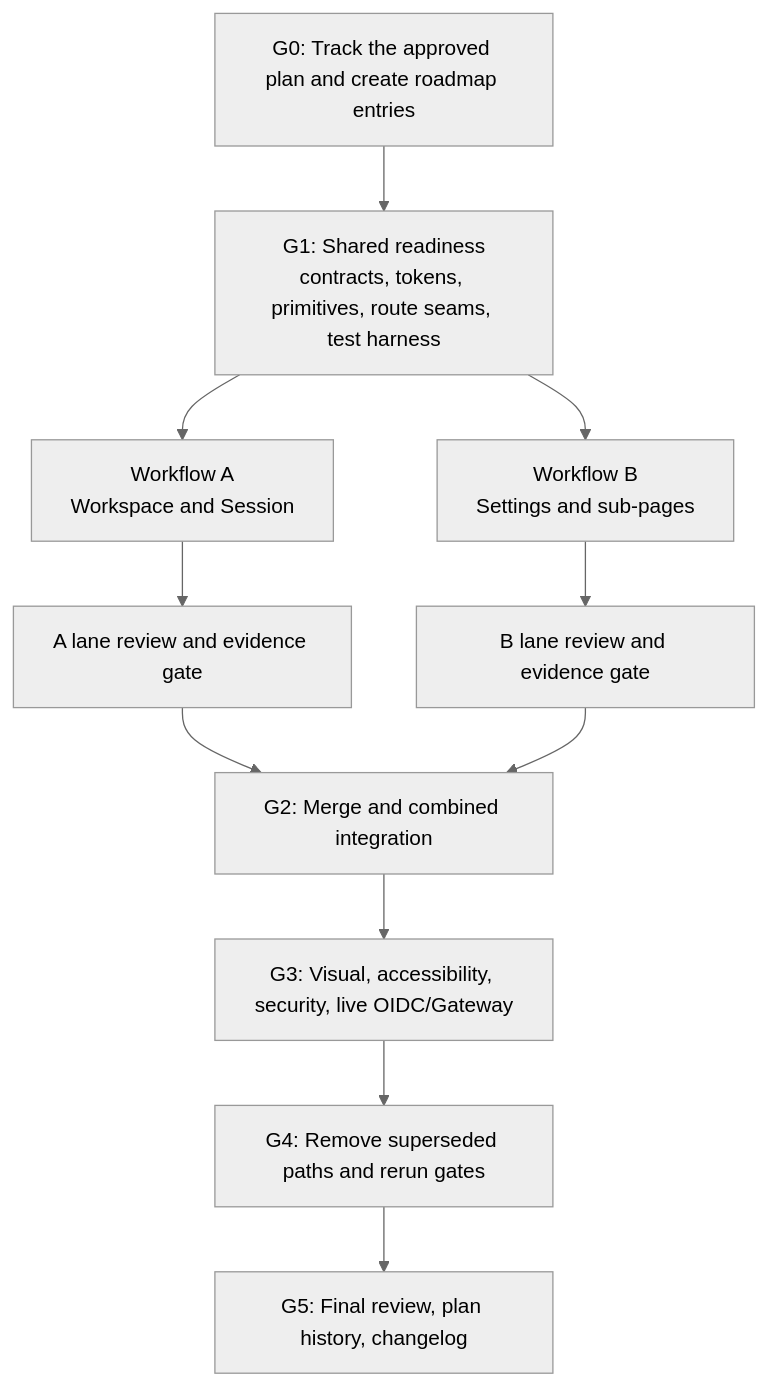
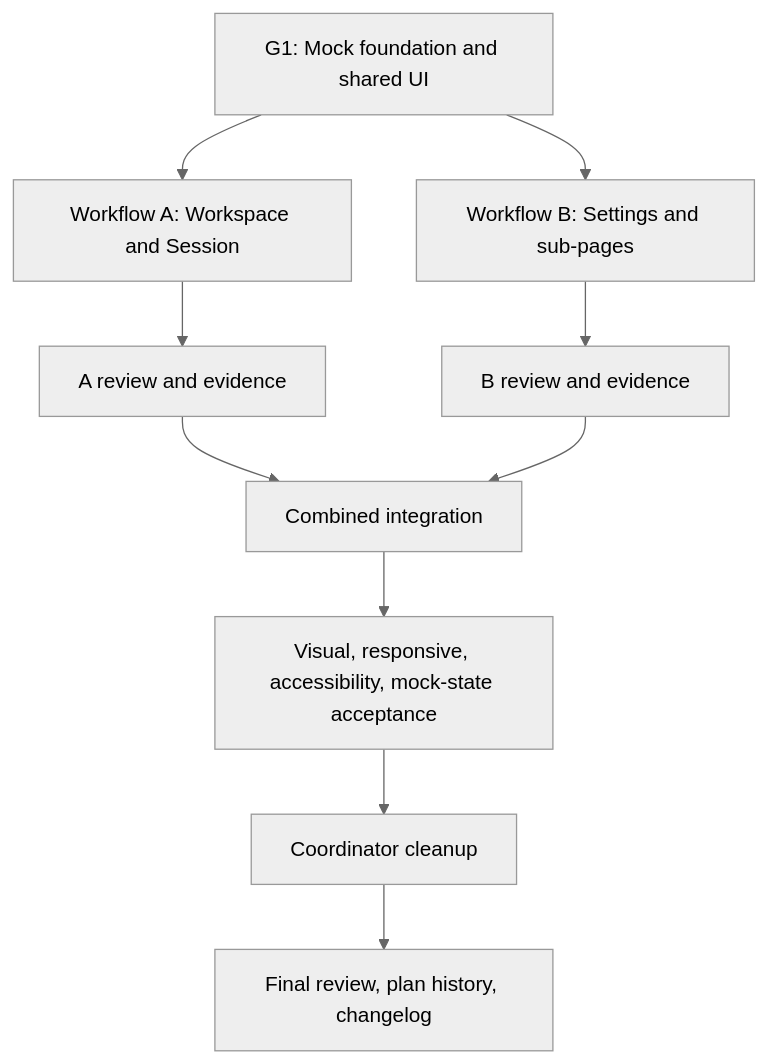
One commit to josphat-otieno/opencrane changed the diagram in apps/design_handoff/ui_implementation_workflow.md. Above: the diagram before and after it, drawn with Mermaid (neutral theme). The commit also changed other lines of this file and 5 other files, not shown here.

````diff
--- a/apps/design_handoff/ui_implementation_workflow.md
+++ b/apps/design_handoff/ui_implementation_workflow.md
@@ -48,13 +25,12 @@
 ```mermaid
 flowchart TD
-    G0["G0: Track the approved plan and create roadmap entries"] --> G1["G1: Shared readiness\ncontracts, tokens, primitives, route seams, test harness"]
-    G1 --> A["Workflow A\nWorkspace and Session"]
-    G1 --> B["Workflow B\nSettings and sub-pages"]
-    A --> AR["A lane review and evidence gate"]
-    B --> BR["B lane review and evidence gate"]
-    AR --> G2["G2: Merge and combined integration"]
+    G1["G1: Mock foundation and shared UI"] --> A["Workflow A: Workspace and Session"]
+    G1 --> B["Workflow B: Settings and sub-pages"]
+    A --> AR["A review and evidence"]
+    B --> BR["B review and evidence"]
+    AR --> G2["Combined integration"]
     BR --> G2
-    G2 --> G3["G3: Visual, accessibility, security, live OIDC/Gateway"]
-    G3 --> G4["G4: Remove superseded paths and rerun gates"]
-    G4 --> G5["G5: Final review, plan history, changelog"]
+    G2 --> G3["Visual, responsive, accessibility, mock-state acceptance"]
+    G3 --> G4["Coordinator cleanup"]
+    G4 --> G5["Final review, plan history, changelog"]
 ```
````
